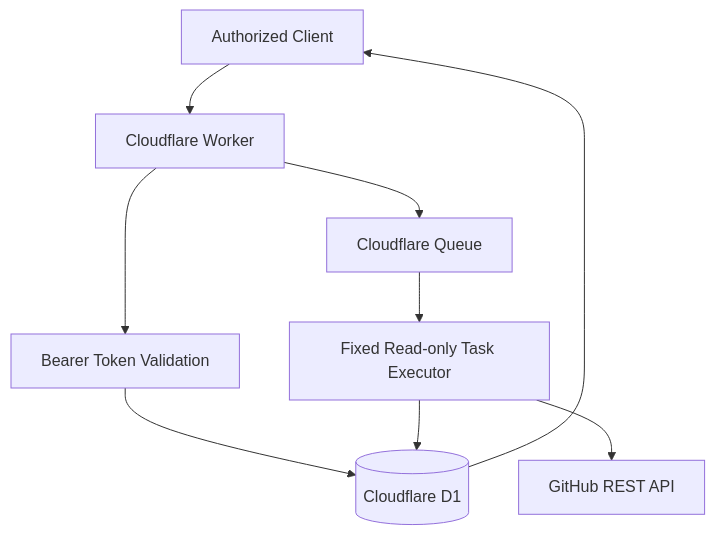
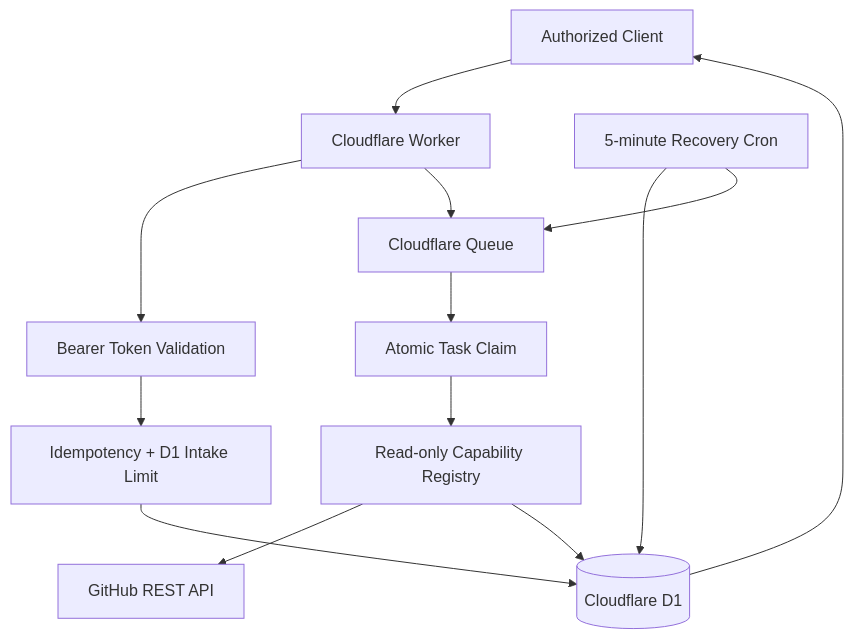
The diagram in README.md (zopair/Zubair_AI_Army), drawn with Mermaid before and after one commit. The commit also changed other lines of this file and 2 other files, not shown here.

````diff
--- a/README.md
+++ b/README.md
@@ -21,11 +21,15 @@
 ```mermaid
 flowchart TD
     Client[Authorized Client] --> Worker[Cloudflare Worker]
     Worker --> Auth[Bearer Token Validation]
-    Auth --> D1[(Cloudflare D1)]
+    Auth --> Guard[Idempotency + D1 Intake Limit]
+    Guard --> D1[(Cloudflare D1)]
     Worker --> Queue[Cloudflare Queue]
-    Queue --> Allowlist[Fixed Read-only Task Executor]
+    Queue --> Claim[Atomic Task Claim]
+    Claim --> Allowlist[Read-only Capability Registry]
     Allowlist --> GitHub[GitHub REST API]
     Allowlist --> D1
+    Cron[5-minute Recovery Cron] --> D1
+    Cron --> Queue
     D1 --> Client
 ```
````
